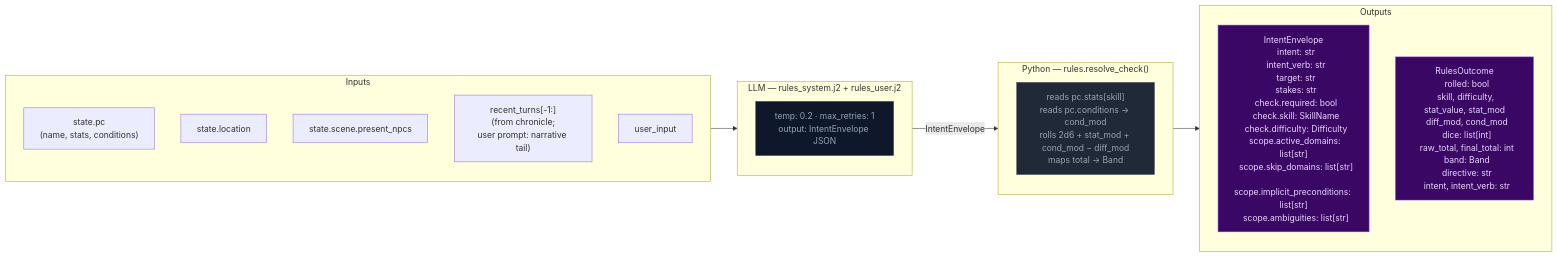
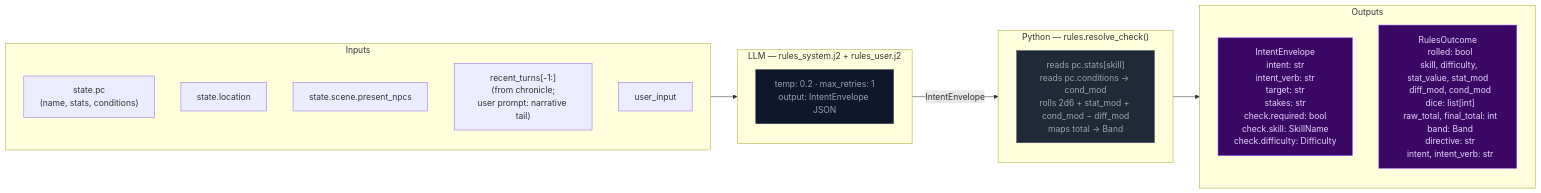
One commit to pww217/fablethread changed the second of 11 diagrams in docs/ARCHITECTURE.md. Above: the diagram before and after it, drawn with Mermaid. The commit also changed other lines of this file and 22 other files, not shown here.

````diff
--- a/docs/ARCHITECTURE.md
+++ b/docs/ARCHITECTURE.md
@@ -81,32 +85,32 @@
 ```mermaid
 flowchart LR
     classDef stageRules fill:#4c1d95,color:#ddd6fe,stroke:#7c3aed
     classDef llmNode    fill:#0f172a,color:#94a3b8,stroke:#334155
     classDef pyNode     fill:#1f2937,color:#9ca3af,stroke:#4b5563
     classDef outNode    fill:#3b0764,color:#e9d5ff,stroke:#7c3aed
 
     subgraph IN["Inputs"]
         I1["state.pc<br>(name, stats, conditions)"]
         I2["state.location"]
         I3["state.scene.present_npcs"]
         I4["recent_turns[-1:]<br>(from chronicle;<br>user prompt: narrative tail)"]
         I5["user_input"]
     end
 
     subgraph LLM0["LLM — rules_system.j2 + rules_user.j2"]
         L0["temp: 0.2 · max_retries: 1<br>output: IntentEnvelope JSON"]:::llmNode
     end
 
     subgraph PYRES["Python — rules.resolve_check()"]
         P0["reads pc.stats[skill]<br>reads pc.conditions → cond_mod<br>rolls 2d6 + stat_mod + cond_mod − diff_mod<br>maps total → Band"]:::pyNode
     end
 
     subgraph OUT["Outputs"]
-        O1["IntentEnvelope<br>  intent: str<br>  intent_verb: str<br>  target: str<br>  stakes: str<br>  check.required: bool<br>  check.skill: SkillName<br>  check.difficulty: Difficulty<br>  scope.active_domains: list[str]<br>  scope.skip_domains: list[str]<br>  scope.implicit_preconditions: list[str]<br>  scope.ambiguities: list[str]"]:::outNode
+        O1["IntentEnvelope<br>  intent: str<br>  intent_verb: str<br>  target: str<br>  stakes: str<br>  check.required: bool<br>  check.skill: SkillName<br>  check.difficulty: Difficulty"]:::outNode
         O2["RulesOutcome<br>  rolled: bool<br>  skill, difficulty, stat_value, stat_mod<br>  diff_mod, cond_mod<br>  dice: list[int]<br>  raw_total, final_total: int<br>  band: Band<br>  directive: str<br>  intent, intent_verb: str"]:::outNode
     end
 
     IN --> LLM0
     LLM0 -- "IntentEnvelope" --> PYRES
     PYRES --> OUT
 ```
````
